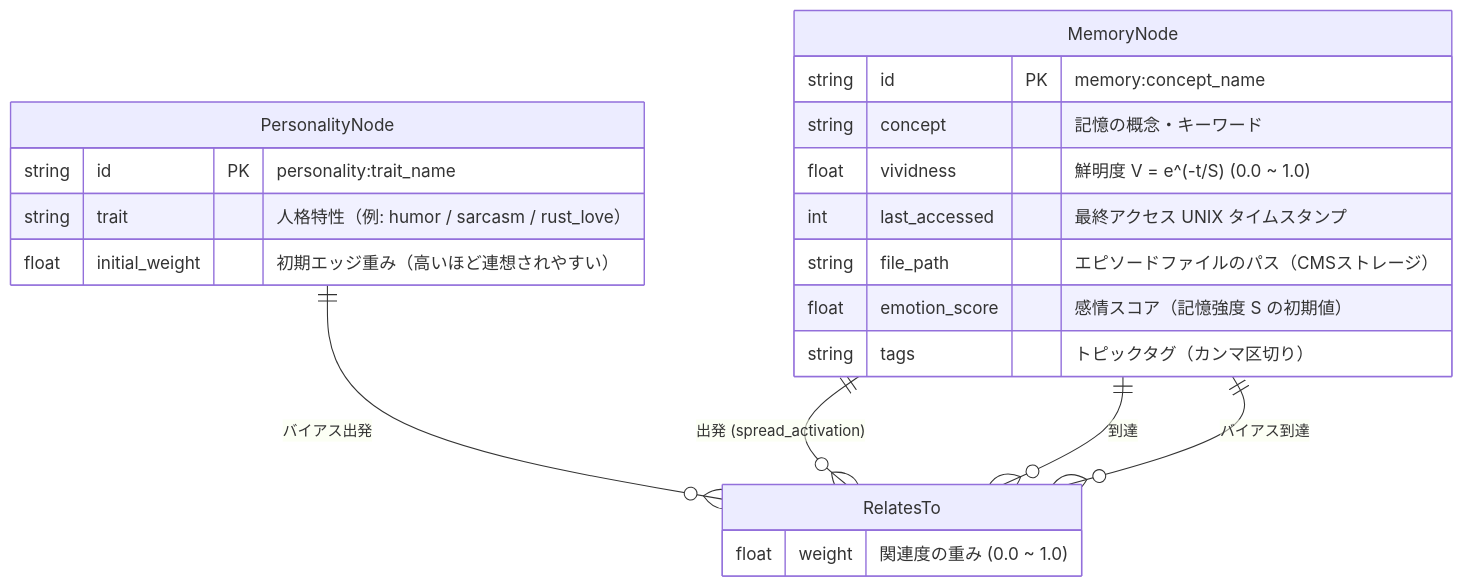
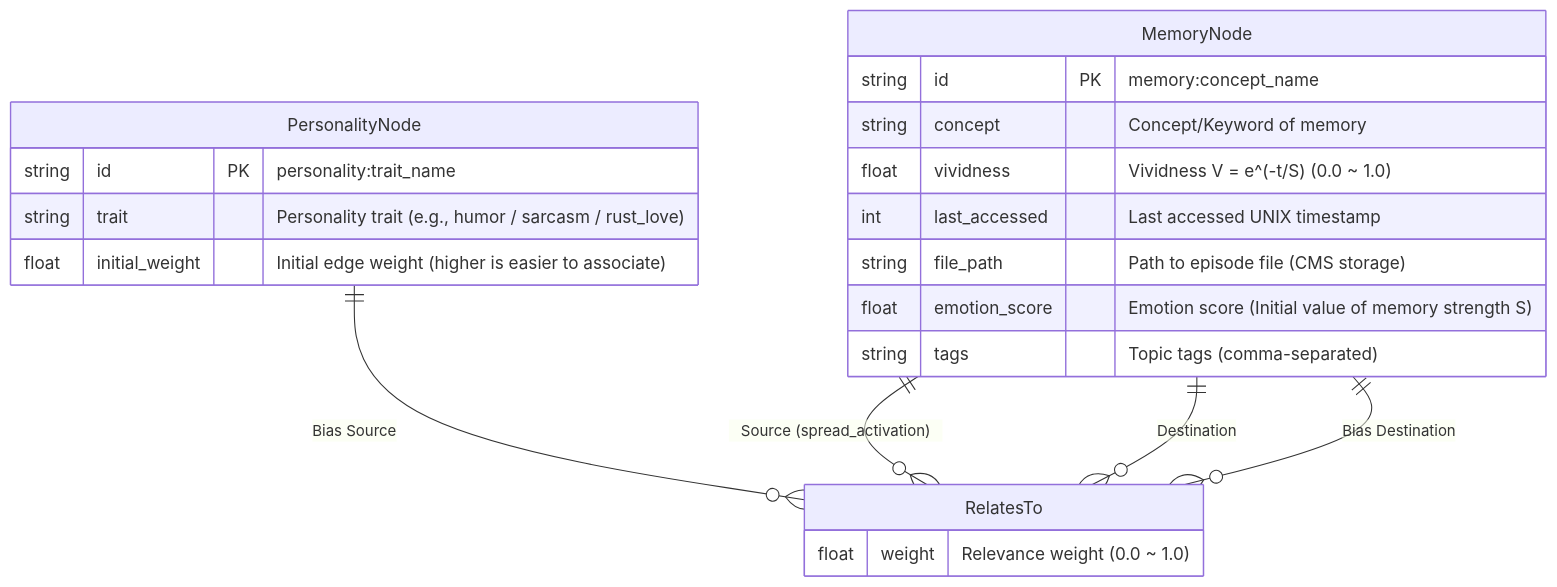
Before and after one commit to rhsmz/iris: the diagram in .gemini/docs/diagrams/er_memory_graph.md, drawn with Mermaid. The commit also changed other lines of this file and 25 other files, not shown here.

````diff
--- a/.gemini/docs/diagrams/er_memory_graph.md
+++ b/.gemini/docs/diagrams/er_memory_graph.md
@@ -9,27 +9,27 @@
 ```mermaid
 erDiagram
     MemoryNode {
         string id PK "memory:concept_name"
-        string concept "記憶の概念・キーワード"
-        float vividness "鮮明度 V = e^(-t/S)  (0.0 ~ 1.0)"
-        int last_accessed "最終アクセス UNIX タイムスタンプ"
-        string file_path "エピソードファイルのパス（CMSストレージ）"
-        float emotion_score "感情スコア（記憶強度 S の初期値）"
-        string tags "トピックタグ（カンマ区切り）"
+        string concept "Concept/Keyword of memory"
+        float vividness "Vividness V = e^(-t/S)  (0.0 ~ 1.0)"
+        int last_accessed "Last accessed UNIX timestamp"
+        string file_path "Path to episode file (CMS storage)"
+        float emotion_score "Emotion score (Initial value of memory strength S)"
+        string tags "Topic tags (comma-separated)"
     }
 
     RelatesTo {
-        float weight "関連度の重み (0.0 ~ 1.0)"
+        float weight "Relevance weight (0.0 ~ 1.0)"
     }
 
     PersonalityNode {
         string id PK "personality:trait_name"
-        string trait "人格特性（例: humor / sarcasm / rust_love）"
-        float initial_weight "初期エッジ重み（高いほど連想されやすい）"
+        string trait "Personality trait (e.g., humor / sarcasm / rust_love)"
+        float initial_weight "Initial edge weight (higher is easier to associate)"
     }
 
-    MemoryNode ||--o{ RelatesTo : "出発 (spread_activation)"
-    RelatesTo }o--|| MemoryNode : "到達"
-    PersonalityNode ||--o{ RelatesTo : "バイアス出発"
-    RelatesTo }o--|| MemoryNode : "バイアス到達"
+    MemoryNode ||--o{ RelatesTo : "Source (spread_activation)"
+    RelatesTo }o--|| MemoryNode : "Destination"
+    PersonalityNode ||--o{ RelatesTo : "Bias Source"
+    RelatesTo }o--|| MemoryNode : "Bias Destination"
 ```
````
